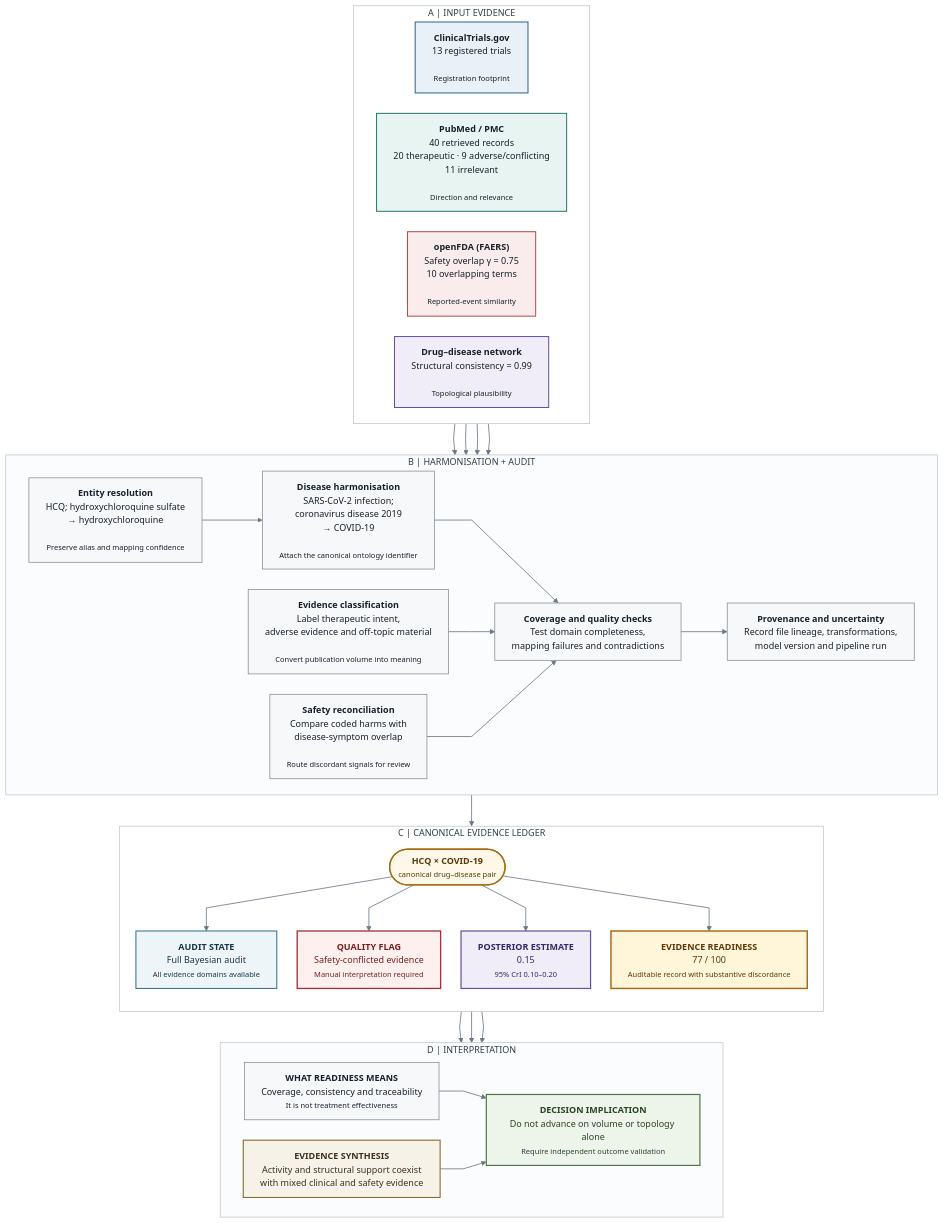
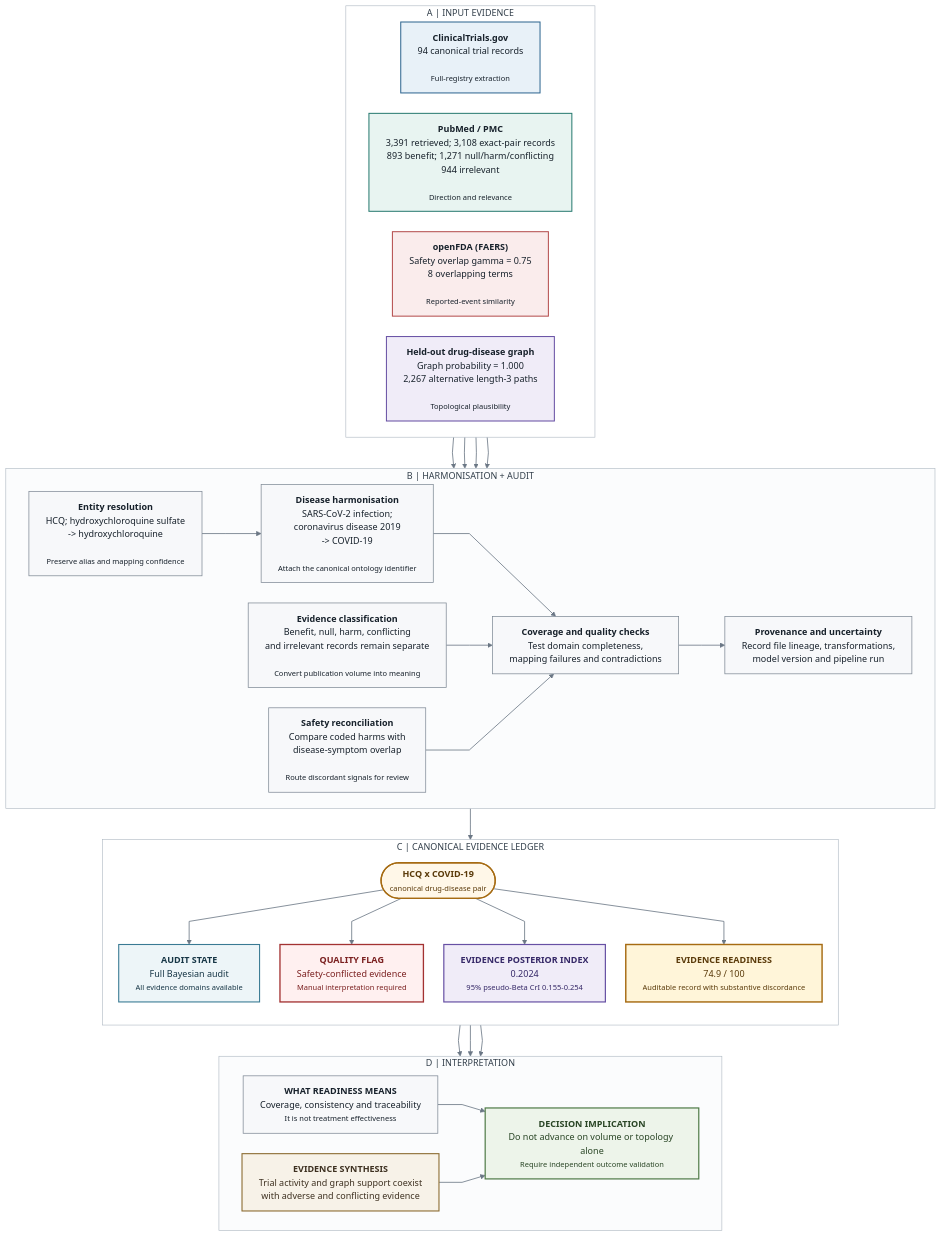
Before and after one commit to Franosei/Network-Analysis-of-Drug-Repurposing: the diagram in visualisation/figure_hcq_covid_publication.mmd, drawn with Mermaid. The commit also changed 24 other files, not shown here.

Commit message:
figure review updates

```diff
--- a/visualisation/figure_hcq_covid_publication.mmd
+++ b/visualisation/figure_hcq_covid_publication.mmd
@@ -1,149 +1,116 @@
 %% Publication-ready case-study figure.
+%% This preserves the original four-panel layout and uses the full 2026-09-23 ledger.
 %% Render as SVG/PDF for vector output and PNG at >=300 dpi for submission.
-%% Numeric values reproduce the hydroxychloroquine--COVID-19 evidence ledger.
 %%{init: {
   "theme": "base",
   "securityLevel": "loose",
   "themeVariables": {
     "fontFamily": "Arial, Helvetica, sans-serif",
     "fontSize": "15px",
     "primaryTextColor": "#17212B",
     "lineColor": "#6B7785",
     "clusterBkg": "#FFFFFF",
     "clusterBorder": "#C9D1D9",
     "edgeLabelBackground": "#FFFFFF"
   },
   "flowchart": {
     "curve": "linear",
     "htmlLabels": true,
     "nodeSpacing": 34,
     "rankSpacing": 52,
     "padding": 14,
     "wrappingWidth": 300,
     "useMaxWidth": false
   }
 }}%%
 
 flowchart TB
 
-  %% ================================================================
-  %% A. Heterogeneous evidence sources
-  %% ================================================================
-  subgraph A["A  |  INPUT EVIDENCE   "]
+  subgraph A["A  |  INPUT EVIDENCE"]
     direction LR
-
-    CT["<b>ClinicalTrials.gov</b><br/><span>13 registered trials</span><br/><br/><small>Registration footprint</small>"]
-
-    PM["<b>PubMed / PMC</b><br/><span>40 retrieved records</span><br/>20 therapeutic · 9 adverse/conflicting<br/>11 irrelevant<br/><br/><small>Direction and relevance</small>"]
-
-    FDA["<b>openFDA (FAERS)</b><br/><span>Safety overlap γ = 0.75</span><br/>10 overlapping terms<br/><br/><small>Reported-event similarity</small>"]
-
-    NET["<b>Drug–disease network</b><br/><span>Structural consistency = 0.99</span><br/><br/><small>Topological plausibility</small>"]
-
+    CT["<b>ClinicalTrials.gov</b><br/><span>94 canonical trial records</span><br/><br/><small>Full-registry extraction</small>"]
+    PM["<b>PubMed / PMC</b><br/><span>3,391 retrieved; 3,108 exact-pair records</span><br/>893 benefit; 1,271 null/harm/conflicting<br/>944 irrelevant<br/><br/><small>Direction and relevance</small>"]
+    FDA["<b>openFDA (FAERS)</b><br/><span>Safety overlap gamma = 0.75</span><br/>8 overlapping terms<br/><br/><small>Reported-event similarity</small>"]
+    NET["<b>Held-out drug-disease graph</b><br/><span>Graph probability = 1.000</span><br/>2,267 alternative length-3 paths<br/><br/><small>Topological plausibility</small>"]
   end
 
-  %% ================================================================
-  %% B. Semantic and data-quality controls
-  %% ================================================================
-  subgraph B["B  |  HARMONISATION + AUDIT   "]
+  subgraph B["B  |  HARMONISATION + AUDIT"]
     direction LR
-
-    ER["<b>Entity resolution</b><br/>HCQ; hydroxychloroquine sulfate<br/>→ hydroxychloroquine<br/><br/><small>Preserve alias and mapping confidence</small>"]
-
-    DH["<b>Disease harmonisation</b><br/>SARS-CoV-2 infection;<br/>coronavirus disease 2019<br/>→ COVID-19<br/><br/><small>Attach the canonical ontology identifier</small>"]
-
-    EC["<b>Evidence classification</b><br/>Label therapeutic intent,<br/>adverse evidence and off-topic material<br/><br/><small>Convert publication volume into meaning</small>"]
-
+    ER["<b>Entity resolution</b><br/>HCQ; hydroxychloroquine sulfate<br/>-&gt; hydroxychloroquine<br/><br/><small>Preserve alias and mapping confidence</small>"]
+    DH["<b>Disease harmonisation</b><br/>SARS-CoV-2 infection;<br/>coronavirus disease 2019<br/>-&gt; COVID-19<br/><br/><small>Attach the canonical ontology identifier</small>"]
+    EC["<b>Evidence classification</b><br/>Benefit, null, harm, conflicting<br/>and irrelevant records remain separate<br/><br/><small>Convert publication volume into meaning</small>"]
     SR["<b>Safety reconciliation</b><br/>Compare coded harms with<br/>disease-symptom overlap<br/><br/><small>Route discordant signals for review</small>"]
-
     CQ["<b>Coverage and quality checks</b><br/>Test domain completeness,<br/>mapping failures and contradictions"]
-
     PU["<b>Provenance and uncertainty</b><br/>Record file lineage, transformations,<br/>model version and pipeline run"]
   end
 
   CT --> ER
   PM --> EC
   FDA --> SR
   NET --> CQ
   ER --> DH
   DH --> CQ
   EC --> CQ
   SR --> CQ
   CQ --> PU
 
-  %% ================================================================
-  %% C. Integrated evidence ledger
-  %% ================================================================
-  subgraph C["C  |  CANONICAL EVIDENCE LEDGER   "]
+  subgraph C["C  |  CANONICAL EVIDENCE LEDGER"]
     direction TB
-
-    REC(["<b>HCQ × COVID-19</b><br/><small>canonical drug–disease pair</small>"])
-
+    REC(["<b>HCQ x COVID-19</b><br/><small>canonical drug-disease pair</small>"])
     AUDIT["<b>AUDIT STATE</b><br/><span>Full Bayesian audit</span><br/><small>All evidence domains available</small>"]
     FLAG["<b>QUALITY FLAG</b><br/><span>Safety-conflicted evidence</span><br/><small>Manual interpretation required</small>"]
-    POST["<b>POSTERIOR ESTIMATE</b><br/><span>0.15</span><br/><small>95% CrI 0.10–0.20</small>"]
-    SCORE["<b>EVIDENCE READINESS</b><br/><span>77 / 100</span><br/><small>Auditable record with substantive discordance</small>"]
-
+    POST["<b>EVIDENCE POSTERIOR INDEX</b><br/><span>0.2024</span><br/><small>95% pseudo-Beta CrI 0.155-0.254</small>"]
+    SCORE["<b>EVIDENCE READINESS</b><br/><span>74.9 / 100</span><br/><small>Auditable record with substantive discordance</small>"]
     REC --> AUDIT
     REC --> FLAG
     REC --> POST
     REC --> SCORE
   end
 
   PU --> REC
 
-  %% ================================================================
-  %% D. Interpretation
-  %% ================================================================
-  subgraph D["D  |  INTERPRETATION   "]
+  subgraph D["D  |  INTERPRETATION"]
     direction LR
-
     MEANING["<b>WHAT READINESS MEANS</b><br/>Coverage, consistency and traceability<br/><small>It is not treatment effectiveness</small>"]
-
-    DISC["<b>EVIDENCE SYNTHESIS</b><br/>Activity and structural support coexist<br/>with mixed clinical and safety evidence"]
-
+    DISC["<b>EVIDENCE SYNTHESIS</b><br/>Trial activity and graph support coexist<br/>with adverse and conflicting evidence"]
     ACTION["<b>DECISION IMPLICATION</b><br/>Do not advance on volume or topology alone<br/><small>Require independent outcome validation</small>"]
   end
 
   SCORE --> MEANING
   FLAG --> DISC
   POST --> DISC
   MEANING --> ACTION
   DISC --> ACTION
 
-  %% ================================================================
-  %% Visual system: colour denotes evidence domain, not evidence strength
-  %% ================================================================
   classDef trials fill:#E8F1F8,stroke:#2F6690,stroke-width:1.7px,color:#17212B;
   classDef literature fill:#E8F4F1,stroke:#287A70,stroke-width:1.7px,color:#17212B;
   classDef safety fill:#FAECEC,stroke:#B44C4C,stroke-width:1.7px,color:#17212B;
   classDef network fill:#F0ECF8,stroke:#6750A4,stroke-width:1.7px,color:#17212B;
   classDef control fill:#F7F8FA,stroke:#7C8793,stroke-width:1.2px,color:#17212B;
   classDef canonical fill:#FFF7E8,stroke:#A66B12,stroke-width:2.2px,color:#5A3A0A;
   classDef audit fill:#EDF5F8,stroke:#397A93,stroke-width:1.8px,color:#173646;
   classDef posterior fill:#F0ECF8,stroke:#6750A4,stroke-width:2px,color:#352867;
   classDef score fill:#FFF5D9,stroke:#A66B12,stroke-width:2.4px,color:#5A3A0A;
   classDef flag fill:#FFF0F0,stroke:#A33232,stroke-width:2.2px,color:#7A1F1F;
   classDef discord fill:#F7F2E8,stroke:#8A6A2F,stroke-width:1.8px,color:#3D3020;
   classDef decision fill:#EDF4EA,stroke:#4E7A46,stroke-width:2px,color:#294525;
 
   class CT trials;
   class PM literature;
   class FDA safety;
   class NET network;
   class ER,DH,EC,SR,CQ,PU control;
   class REC canonical;
   class AUDIT audit;
   class FLAG flag;
   class POST posterior;
   class SCORE score;
   class MEANING control;
   class DISC discord;
   class ACTION decision;
 
   style A fill:#FFFFFF,stroke:#AEB8C2,stroke-width:1px,color:#34404C;
   style B fill:#FBFCFD,stroke:#AEB8C2,stroke-width:1px,color:#34404C;
   style C fill:#FFFFFF,stroke:#AEB8C2,stroke-width:1px,color:#34404C;
   style D fill:#FBFCFD,stroke:#AEB8C2,stroke-width:1px,color:#34404C;
-
   linkStyle default stroke:#6B7785,stroke-width:1.35px,fill:none;
```
